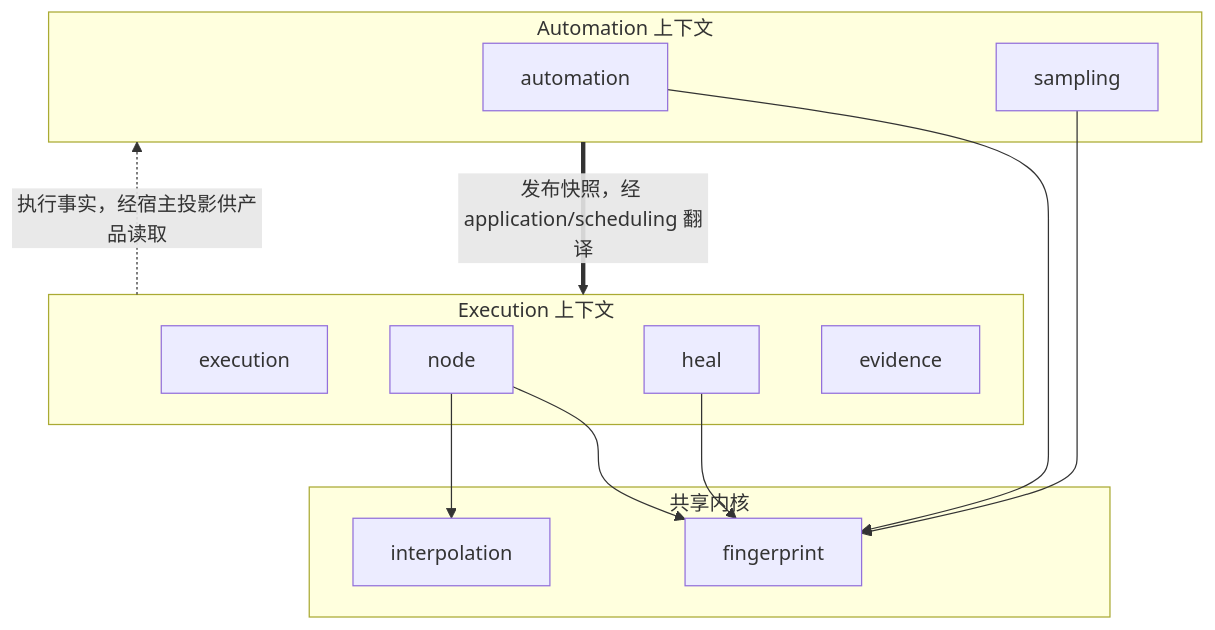
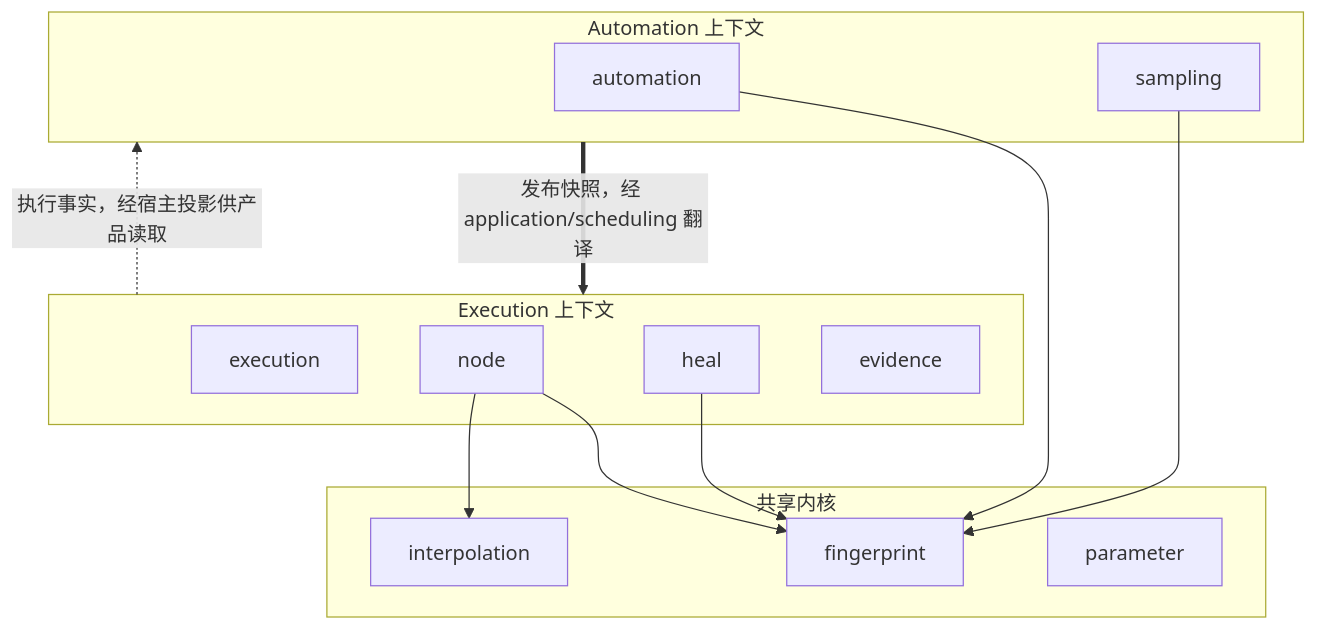
The diagram in docs/architecture/context-map.md (Capsule7446/healix-core), drawn with Mermaid before and after one commit. The commit also changed other lines of this file and 180 other files, not shown here.

````diff
--- a/docs/architecture/context-map.md
+++ b/docs/architecture/context-map.md
@@ -7,28 +7,29 @@
 ```mermaid
 flowchart TB
   subgraph AC[Automation 上下文]
     Automation[automation]
     Sampling[sampling]
   end
 
   subgraph EC[Execution 上下文]
     Execution[execution]
     Node[node]
     Heal[heal]
     Evidence[evidence]
   end
 
   subgraph SK[共享内核]
     Fingerprint[fingerprint]
     Interpolation[interpolation]
+    Parameter[parameter]
   end
 
   Automation --> Fingerprint
   Sampling --> Fingerprint
   Node --> Fingerprint
   Node --> Interpolation
   Heal --> Fingerprint
 
   AC == "发布快照，经 application/scheduling 翻译" ==> EC
   EC -. "执行事实，经宿主投影供产品读取" .-> AC
 ```
````
